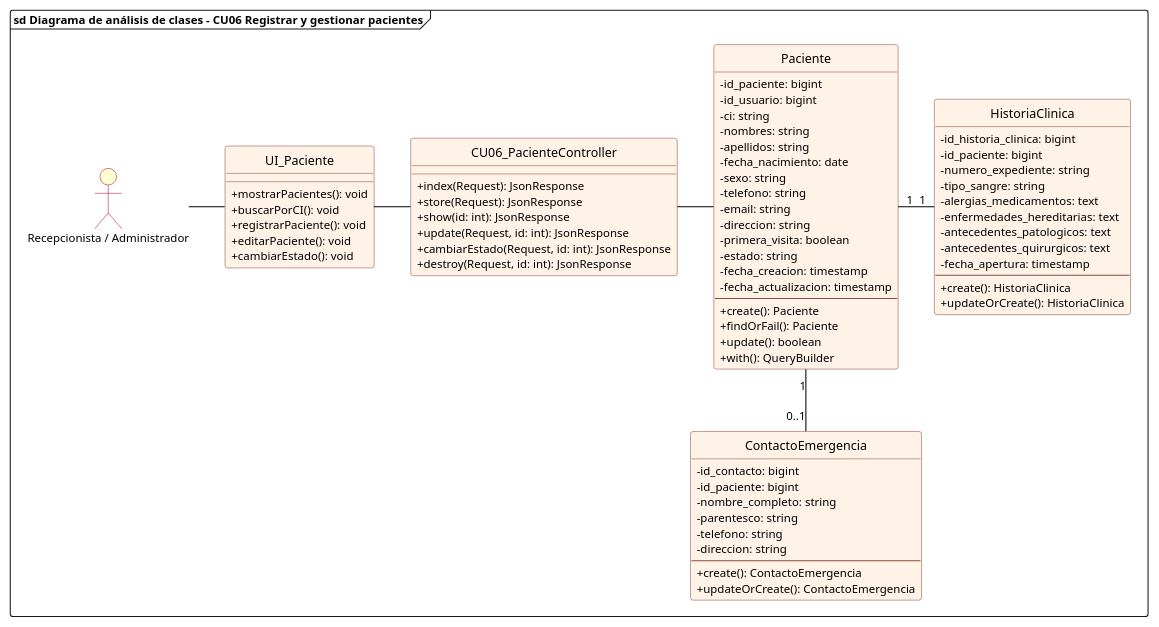
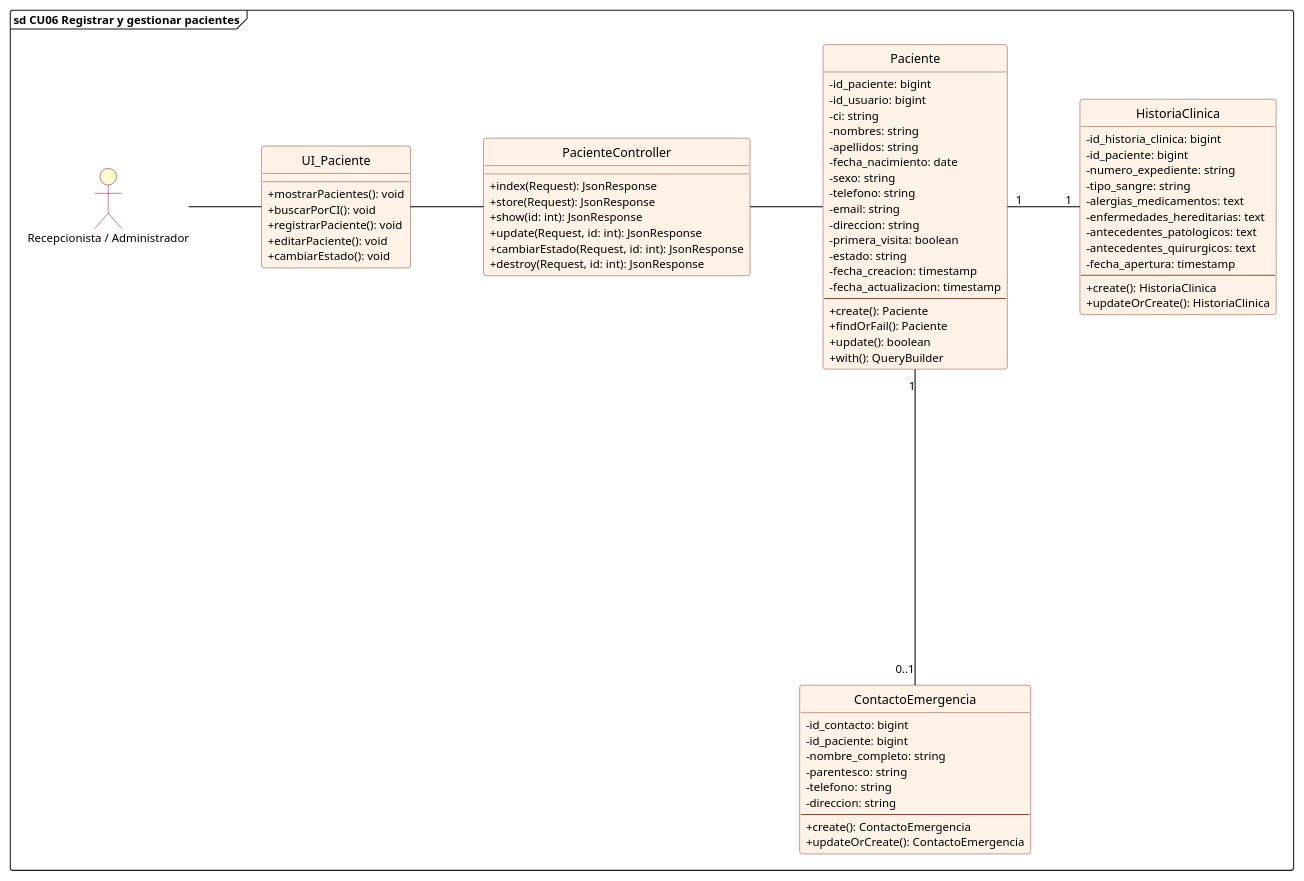
The sixth of 12 diagrams in diagramas/diagramas_analisis_clases_cu01_cu12.puml (DiogoMars777/CITAS_MEDICAS), drawn with PlantUML before and after one commit. The commit also changed other lines of this file and 13 other files, not shown here.

Commit message:
style(diagramas): simplificar titulos a CU0X, quitar prefijo CU de controladores y perfeccionar legibilidad de cardinalidad con ortogonalidad

```diff
--- a/diagramas/diagramas_analisis_clases_cu01_cu12.puml
+++ b/diagramas/diagramas_analisis_clases_cu01_cu12.puml
@@ -466,100 +481,103 @@
 @startuml cu06_analisis_registrar_paciente
 allowmixing
 
+skinparam linetype ortho
+skinparam nodesep 70
+skinparam ranksep 60
 skinparam backgroundColor white
 skinparam defaultFontName "Segoe UI"
 skinparam defaultFontSize 11
 skinparam classFontSize 12
 skinparam classAttributeIconSize 0
 hide circle
 
 skinparam class {
     BackgroundColor #FFF2E6
     BorderColor #8A4B38
     RoundCorner 6
     HeaderBackgroundColor #FFF2E6
     ArrowColor black
 }
 
 skinparam actor {
     BackgroundColor #FEFECE
     BorderColor #A80036
 }
 
-frame "sd Diagrama de análisis de clases - CU06 Registrar y gestionar pacientes" {
+frame "sd CU06 Registrar y gestionar pacientes" {
     actor "Recepcionista / Administrador" as Recep
     
     class UI_Paciente {
         + mostrarPacientes(): void
         + buscarPorCI(): void
         + registrarPaciente(): void
         + editarPaciente(): void
         + cambiarEstado(): void
     }
 
-    class CU06_PacienteController {
+    class PacienteController {
         + index(Request): JsonResponse
         + store(Request): JsonResponse
         + show(id: int): JsonResponse
         + update(Request, id: int): JsonResponse
         + cambiarEstado(Request, id: int): JsonResponse
         + destroy(Request, id: int): JsonResponse
     }
 
     class Paciente {
         - id_paciente: bigint
         - id_usuario: bigint
         - ci: string
         - nombres: string
         - apellidos: string
         - fecha_nacimiento: date
         - sexo: string
         - telefono: string
         - email: string
         - direccion: string
         - primera_visita: boolean
         - estado: string
         - fecha_creacion: timestamp
         - fecha_actualizacion: timestamp
         --
         + create(): Paciente
         + findOrFail(): Paciente
         + update(): boolean
         + with(): QueryBuilder
     }
 
     class HistoriaClinica {
         - id_historia_clinica: bigint
         - id_paciente: bigint
         - numero_expediente: string
         - tipo_sangre: string
         - alergias_medicamentos: text
         - enfermedades_hereditarias: text
         - antecedentes_patologicos: text
         - antecedentes_quirurgicos: text
         - fecha_apertura: timestamp
         --
         + create(): HistoriaClinica
         + updateOrCreate(): HistoriaClinica
     }
 
     class ContactoEmergencia {
         - id_contacto: bigint
         - id_paciente: bigint
         - nombre_completo: string
         - parentesco: string
         - telefono: string
         - direccion: string
         --
         + create(): ContactoEmergencia
         + updateOrCreate(): ContactoEmergencia
     }
 
     Recep -right- UI_Paciente
-    UI_Paciente -right- CU06_PacienteController
-    CU06_PacienteController -right- Paciente
+    UI_Paciente -right- PacienteController
+    PacienteController -right- Paciente
 
-    Paciente "1" -right- "1" HistoriaClinica
-    Paciente "1" -down- "0..1" ContactoEmergencia
+    Paciente "1" ---right--- "1" HistoriaClinica
+    Paciente "1" ---down--- "0..1" ContactoEmergencia
 }
 @enduml
```
